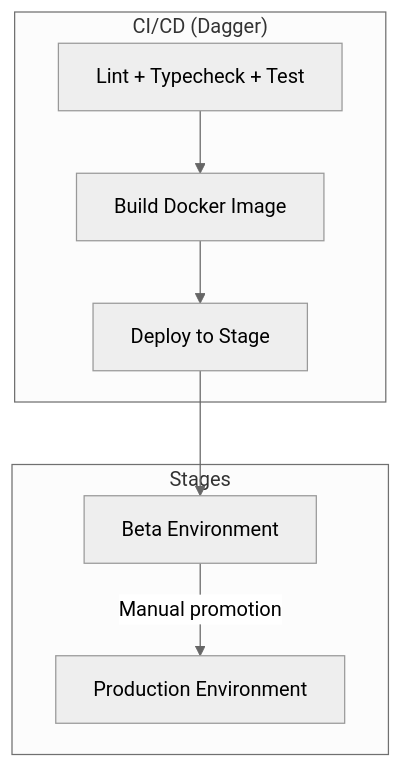
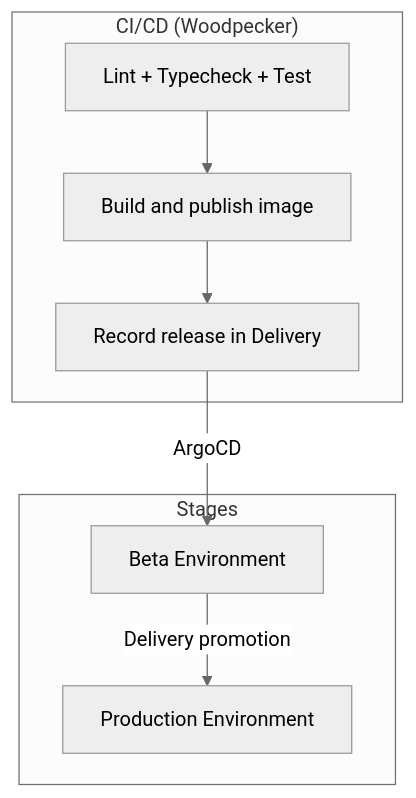
Before and after one commit to shepherdjerred/monorepo: the eighth of 8 diagrams in packages/scout-for-lol/docs/architecture.md, drawn with Mermaid (neutral theme). The commit also changed other lines of this file and 415 other files, not shown here.

````diff
--- a/packages/scout-for-lol/docs/architecture.md
+++ b/packages/scout-for-lol/docs/architecture.md
@@ -281,18 +281,18 @@
 ```mermaid
 flowchart TB
-    subgraph CI["CI/CD (Dagger)"]
+    subgraph CI["CI/CD (Woodpecker)"]
         CHECK[Lint + Typecheck + Test]
-        BUILD[Build Docker Image]
-        DEPLOY[Deploy to Stage]
+        BUILD[Build and publish image]
+        DEPLOY[Record release in Delivery]
     end
 
     subgraph Stages
         BETA[Beta Environment]
         PROD[Production Environment]
     end
 
     CHECK --> BUILD
     BUILD --> DEPLOY
-    DEPLOY --> BETA
-    BETA -->|Manual promotion| PROD
+    DEPLOY -->|ArgoCD| BETA
+    BETA -->|Delivery promotion| PROD
 ```
````
